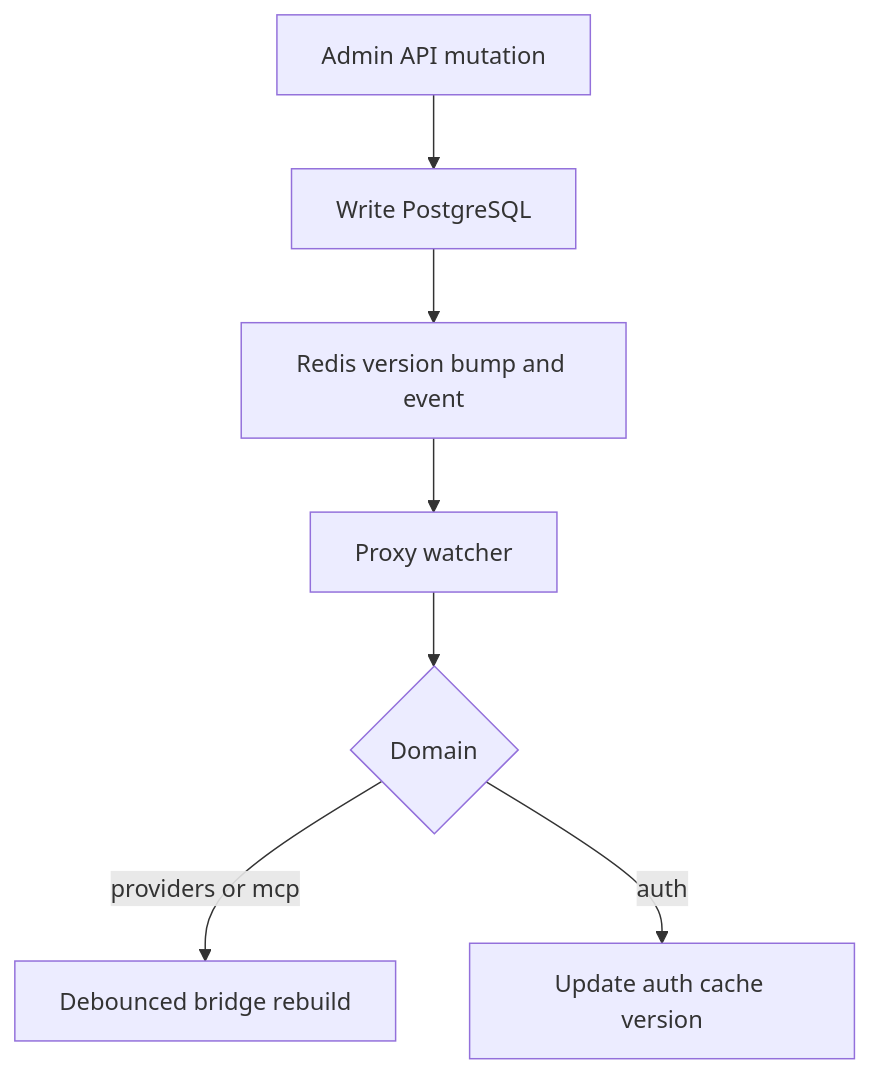
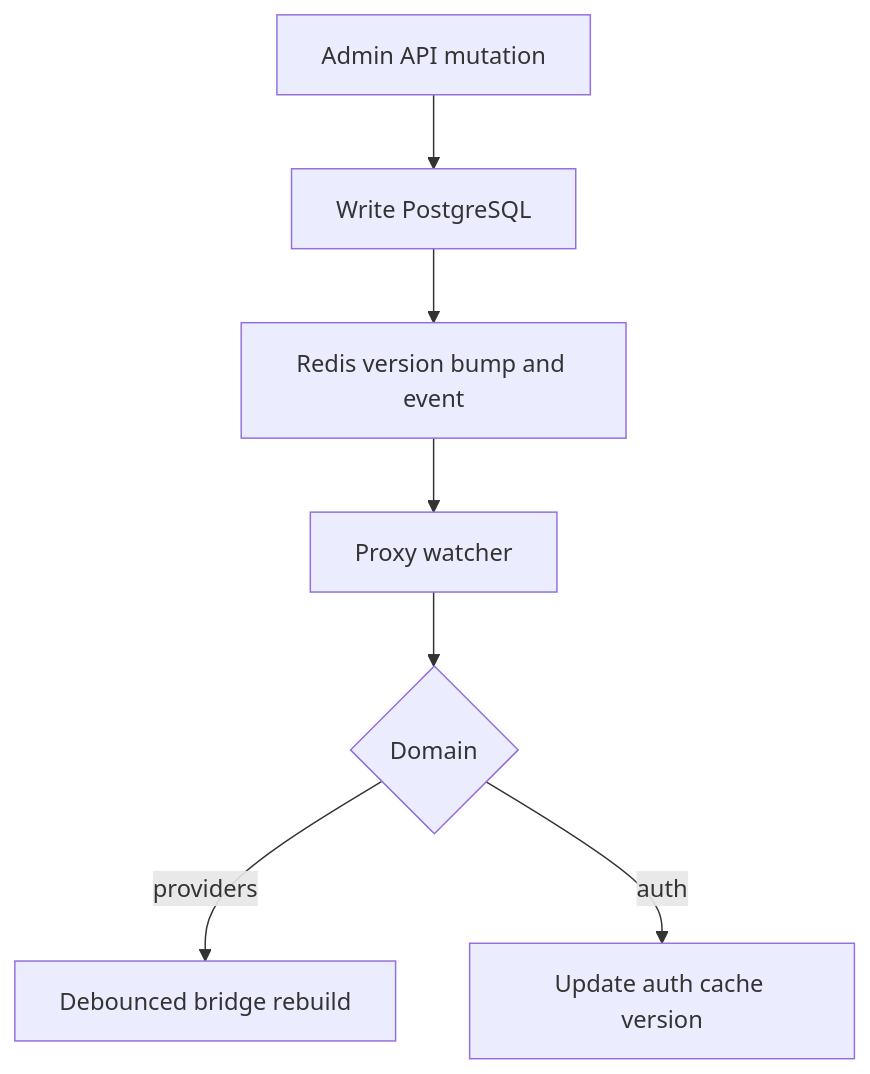
One commit to thomas-illiet/prompt-gate changed the fourth of 4 diagrams in docs/architecture.md. Above: the diagram before and after it, drawn with Mermaid. The commit also changed other lines of this file and 40 other files, not shown here.

````diff
--- a/docs/architecture.md
+++ b/docs/architecture.md
@@ -138,9 +135,9 @@
 ```mermaid
 flowchart TD
     Admin["Admin API mutation"] --> DB["Write PostgreSQL"]
     DB --> Event["Redis version bump and event"]
     Event --> Proxy["Proxy watcher"]
     Proxy --> Kind{"Domain"}
-    Kind -->|providers or mcp| Bridge["Debounced bridge rebuild"]
+    Kind -->|providers| Bridge["Debounced bridge rebuild"]
     Kind -->|auth| AuthCache["Update auth cache version"]
 ```
````
